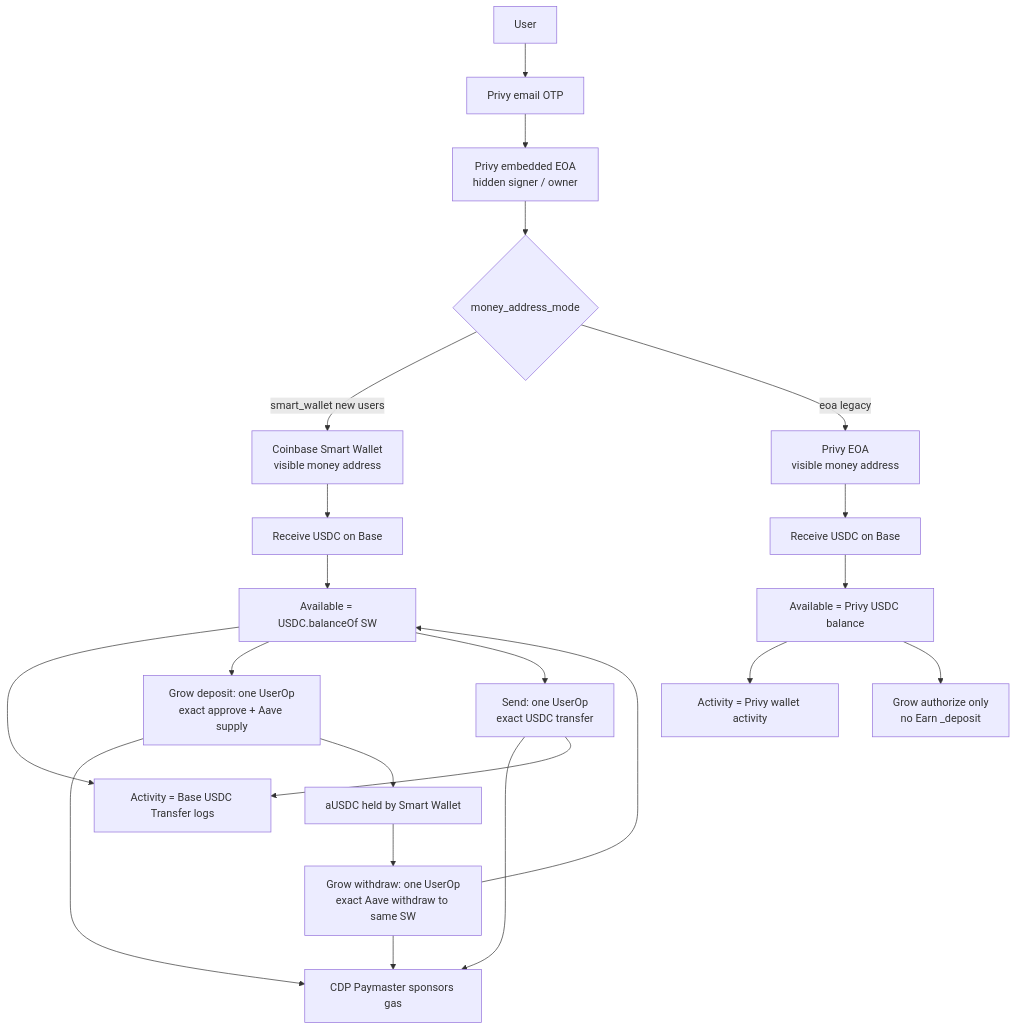
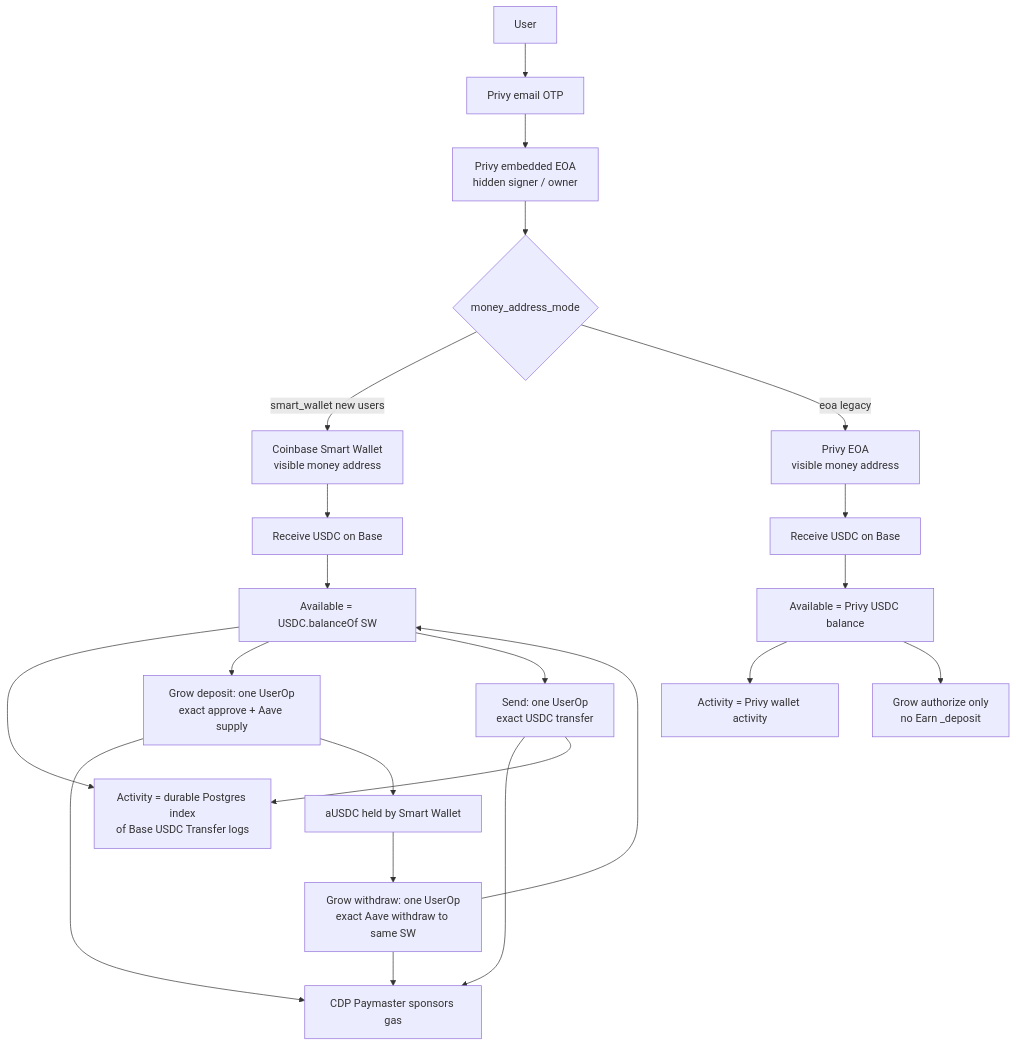
The diagram in docs/CurrentArchitecture.md (Evrlink/OlimpiaNeoBank), drawn with Mermaid before and after one commit. The commit also changed other lines of this file, not shown here.

Commit message:
Document durable Activity history

````diff
--- a/docs/CurrentArchitecture.md
+++ b/docs/CurrentArchitecture.md
@@ -340,27 +380,27 @@
 ```mermaid
 flowchart TD
   user[User] --> privyAuth[Privy email OTP]
   privyAuth --> eoa[Privy embedded EOA<br/>hidden signer / owner]
   eoa --> mode{money_address_mode}
 
   mode -->|smart_wallet new users| sw[Coinbase Smart Wallet<br/>visible money address]
   mode -->|eoa legacy| eoaMoney[Privy EOA<br/>visible money address]
 
   sw --> receiveSW[Receive USDC on Base]
   receiveSW --> availSW[Available = USDC.balanceOf SW]
-  availSW --> actSW[Activity = Base USDC Transfer logs]
+  availSW --> actSW[Activity = durable Postgres index<br/>of Base USDC Transfer logs]
   availSW --> growSW[Grow deposit: one UserOp<br/>exact approve + Aave supply]
   availSW --> sendSW[Send: one UserOp<br/>exact USDC transfer]
   growSW --> paymaster[CDP Paymaster sponsors gas]
   sendSW --> paymaster
   sendSW --> actSW
   growSW --> ausdc[aUSDC held by Smart Wallet]
   ausdc --> withdrawSW[Grow withdraw: one UserOp<br/>exact Aave withdraw to same SW]
   withdrawSW --> paymaster
   withdrawSW --> availSW
 
   eoaMoney --> receiveEOA[Receive USDC on Base]
   receiveEOA --> availEOA[Available = Privy USDC balance]
   availEOA --> actEOA[Activity = Privy wallet activity]
   availEOA --> authEOA[Grow authorize only<br/>no Earn _deposit]
 ```
````
